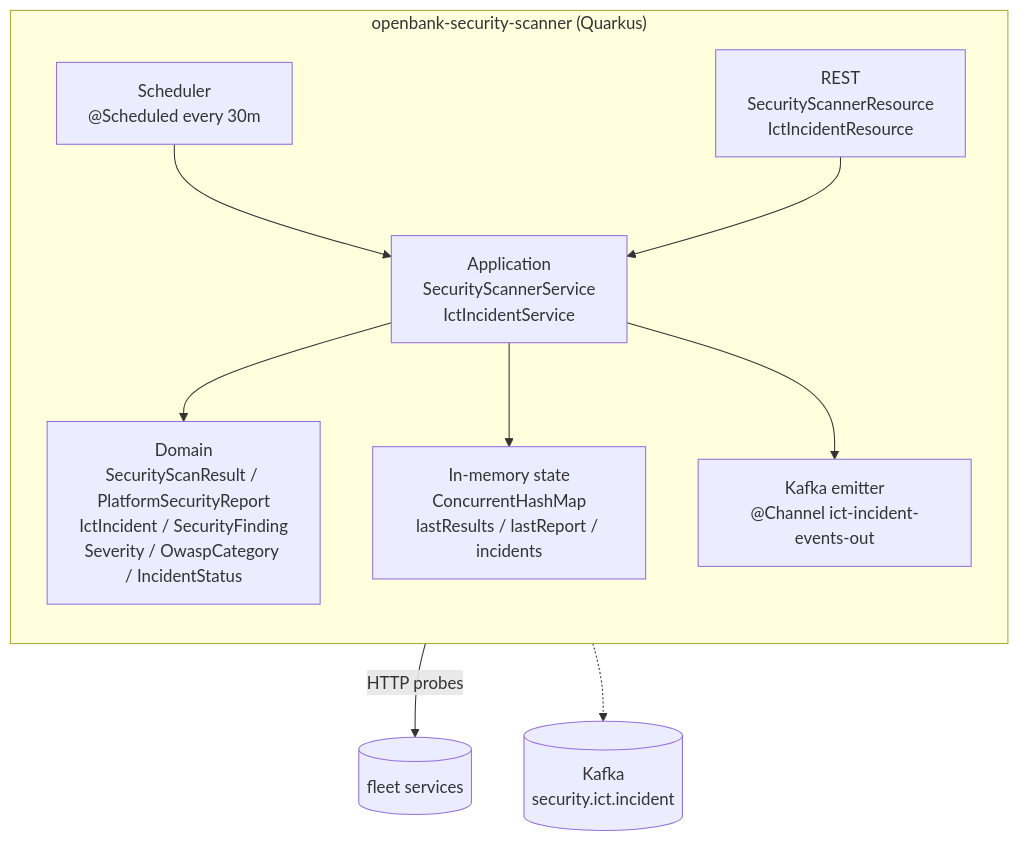
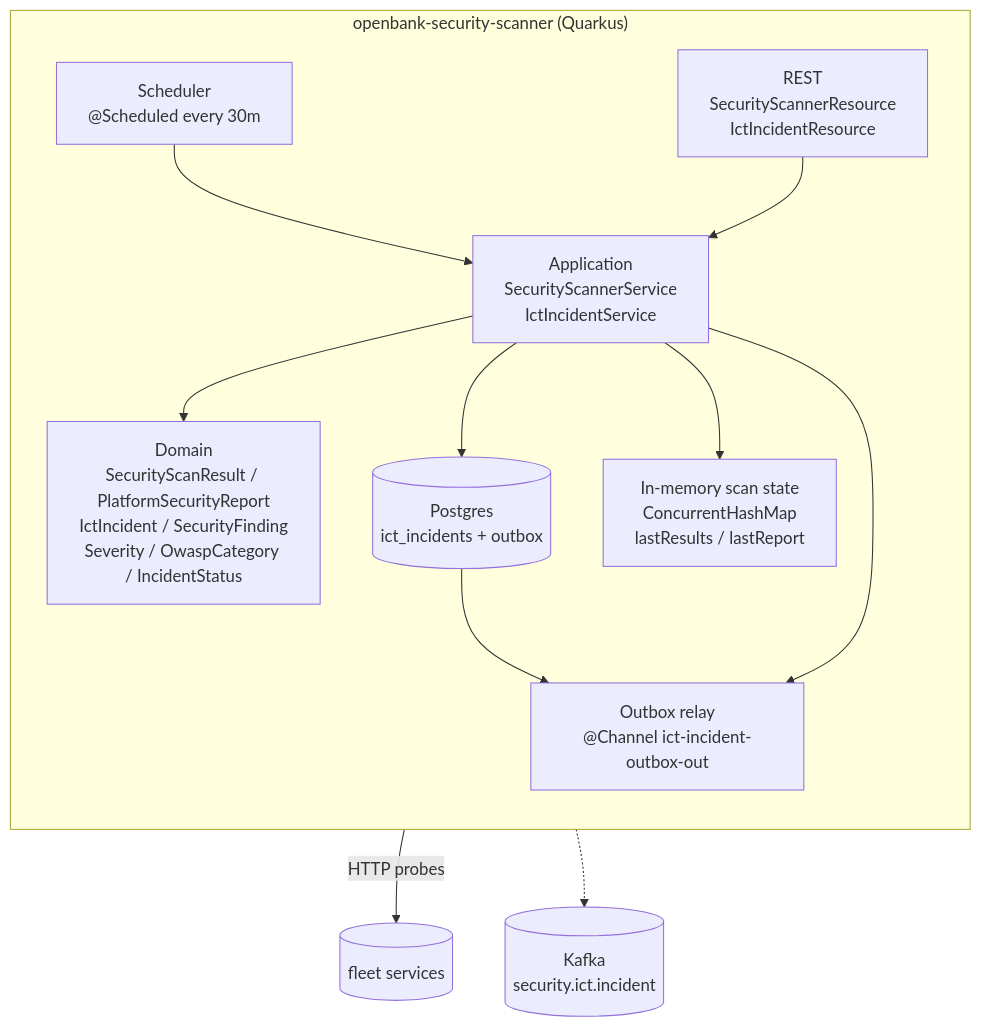
The second of 2 diagrams in openbank-security-scanner/src/main/resources/docs/02-architecture.en.md (JiRaska/open-bank-oss), drawn with Mermaid before and after one commit. The commit also changed other lines of this file and 35 other files, not shown here.

Commit message:
feat(security-scanner): make incident projection replayable

````diff
--- a/openbank-security-scanner/src/main/resources/docs/02-architecture.en.md
+++ b/openbank-security-scanner/src/main/resources/docs/02-architecture.en.md
@@ -28,21 +28,23 @@
 ```mermaid
 graph TB
   subgraph "openbank-security-scanner (Quarkus)"
     direction TB
     rest[REST<br/>SecurityScannerResource<br/>IctIncidentResource]
     scanner[Application<br/>SecurityScannerService<br/>IctIncidentService]
     dom[Domain<br/>SecurityScanResult / PlatformSecurityReport<br/>IctIncident / SecurityFinding<br/>Severity / OwaspCategory / IncidentStatus]
-    mem[In-memory state<br/>ConcurrentHashMap<br/>lastResults / lastReport / incidents]
-    emit["Kafka emitter<br/>@Channel ict-incident-events-out"]
+    mem[In-memory scan state<br/>ConcurrentHashMap<br/>lastResults / lastReport]
+    db[(Postgres<br/>ict_incidents + outbox)]
+    emit["Outbox relay<br/>@Channel ict-incident-outbox-out"]
     sched["Scheduler<br/>@Scheduled every 30m"]
   end
 
   sched --> scanner
   rest --> scanner
   scanner --> dom
+  scanner --> db --> emit
   scanner --> mem
   scanner --> emit
   scanner -- "HTTP probes" --> fleet[(fleet services)]
 
   emit -.-> kafka[(Kafka<br/>security.ict.incident)]
 ```
````
